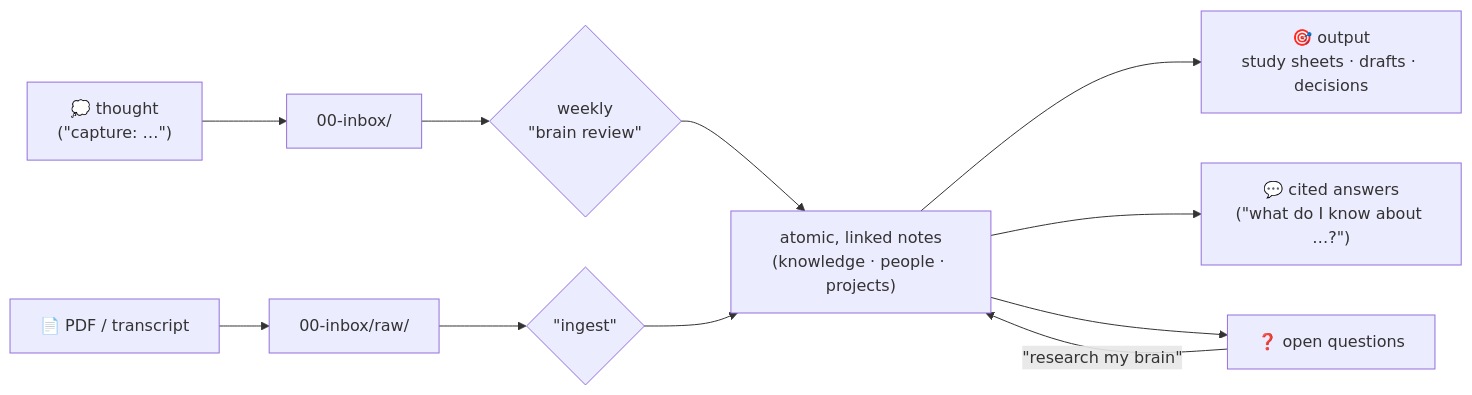
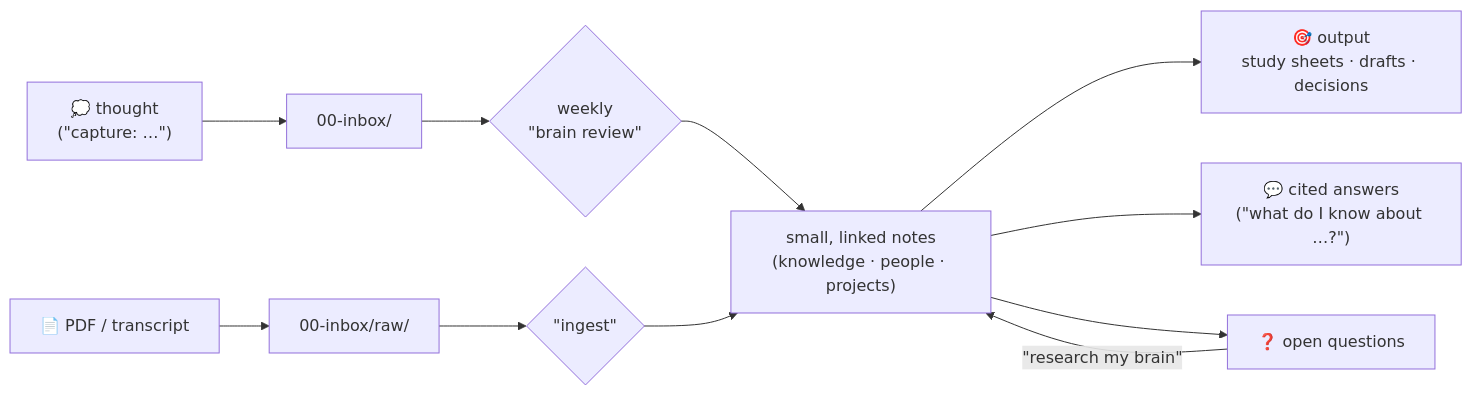
Before and after one commit to nikolajhh2008-svg/brain-starter-kit: the diagram in README.md, drawn with Mermaid. The commit also changed other lines of this file and 4 other files, not shown here.

````diff
--- a/README.md
+++ b/README.md
@@ -77,13 +92,13 @@
 ```mermaid
 flowchart LR
     A["💭 thought<br/>(&quot;capture: …&quot;)"] --> B["00-inbox/"]
     C["📄 PDF / transcript"] --> D["00-inbox/raw/"]
     B --> E{"weekly<br/>&quot;brain review&quot;"}
     D --> F{"&quot;ingest&quot;"}
-    E --> G["atomic, linked notes<br/>(knowledge · people · projects)"]
+    E --> G["small, linked notes<br/>(knowledge · people · projects)"]
     F --> G
     G --> H["🎯 output<br/>study sheets · drafts · decisions"]
     G --> I["💬 cited answers<br/>(&quot;what do I know about …?&quot;)"]
     G --> J["❓ open questions"]
     J -- "&quot;research my brain&quot;" --> G
 ```
````
